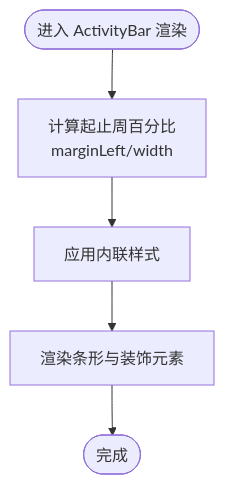
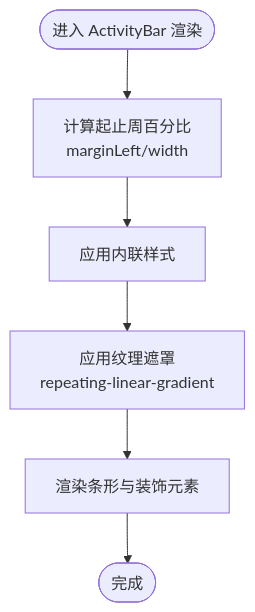
Before and after one commit to xuanyulingnfeg/gameCalendar: the third of 5 diagrams in .qoder/repowiki/zh/content/样式系统.md, drawn with Mermaid. The commit also changed other lines of this file and 7 other files, not shown here.

````diff
--- a/.qoder/repowiki/zh/content/样式系统.md
+++ b/.qoder/repowiki/zh/content/样式系统.md
@@ -163,7 +183,8 @@
 ```mermaid
 flowchart TD
 Start(["进入 ActivityBar 渲染"]) --> Calc["计算起止周百分比<br/>marginLeft/width"]
 Calc --> ApplyInline["应用内联样式"]
-ApplyInline --> Render["渲染条形与装饰元素"]
+ApplyInline --> Texture["应用纹理遮罩<br/>repeating-linear-gradient"]
+Texture --> Render["渲染条形与装饰元素"]
 Render --> End(["完成"])
 ```
````
